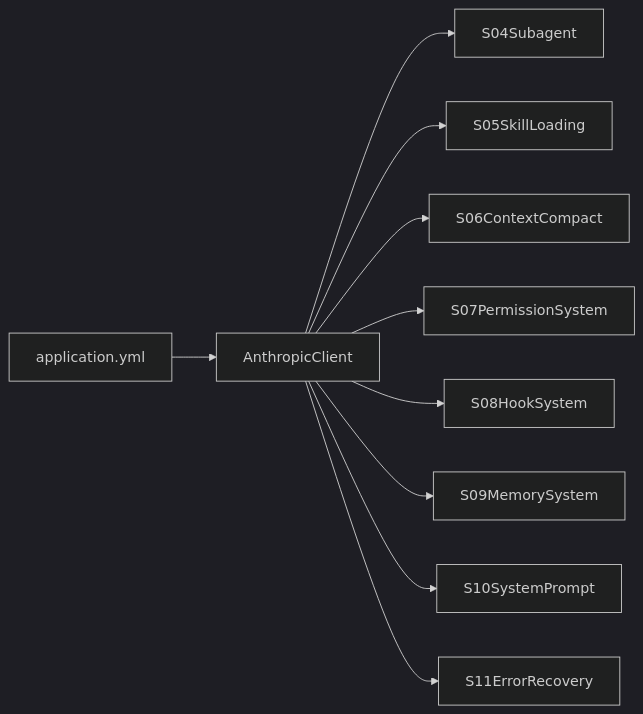
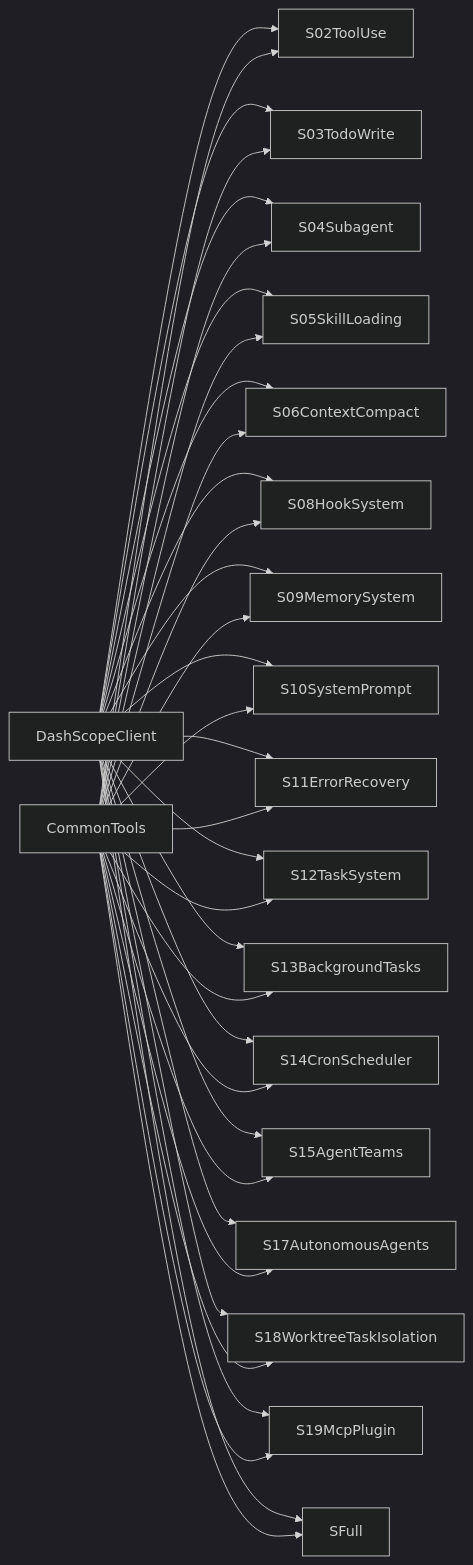
Before and after one commit to zhaojunyi0016/learn-harness: diagram 20 of 20 in .qoder/repowiki/zh/content/代理模块系列/高级代理模块.md, drawn with Mermaid (dark theme). The commit also changed other lines of this file and 5 other files, not shown here.

````diff
--- a/.qoder/repowiki/zh/content/代理模块系列/高级代理模块.md
+++ b/.qoder/repowiki/zh/content/代理模块系列/高级代理模块.md
@@ -396,12 +690,37 @@
 ```mermaid
 graph LR
-AC["AnthropicClient"] --> S04["S04Subagent"]
-AC --> S05["S05SkillLoading"]
-AC --> S06["S06ContextCompact"]
-AC --> S07["S07PermissionSystem"]
-AC --> S08["S08HookSystem"]
-AC --> S09["S09MemorySystem"]
-AC --> S10["S10SystemPrompt"]
-AC --> S11["S11ErrorRecovery"]
-YML["application.yml"] --> AC
+DS["DashScopeClient"] --> S02["S02ToolUse"]
+DS --> S03["S03TodoWrite"]
+DS --> S04["S04Subagent"]
+DS --> S05["S05SkillLoading"]
+DS --> S06["S06ContextCompact"]
+DS --> S08["S08HookSystem"]
+DS --> S09["S09MemorySystem"]
+DS --> S10["S10SystemPrompt"]
+DS --> S11["S11ErrorRecovery"]
+DS --> S12["S12TaskSystem"]
+DS --> S13["S13BackgroundTasks"]
+DS --> S14["S14CronScheduler"]
+DS --> S15["S15AgentTeams"]
+DS --> S17["S17AutonomousAgents"]
+DS --> S18["S18WorktreeTaskIsolation"]
+DS --> S19["S19McpPlugin"]
+DS --> SF["SFull"]
+CT["CommonTools"] --> S02
+CT --> S03
+CT --> S04
+CT --> S05
+CT --> S06
+CT --> S08
+CT --> S09
+CT --> S10
+CT --> S11
+CT --> S12
+CT --> S13
+CT --> S14
+CT --> S15
+CT --> S17
+CT --> S18
+CT --> S19
+CT --> SF
 ```
````
